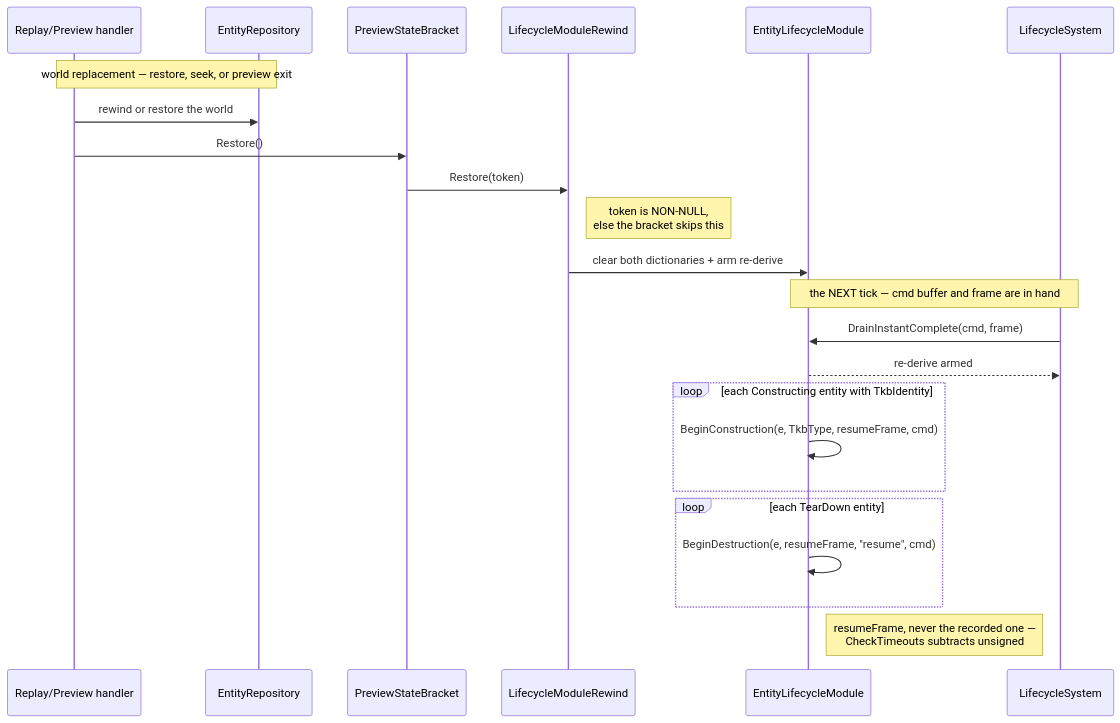
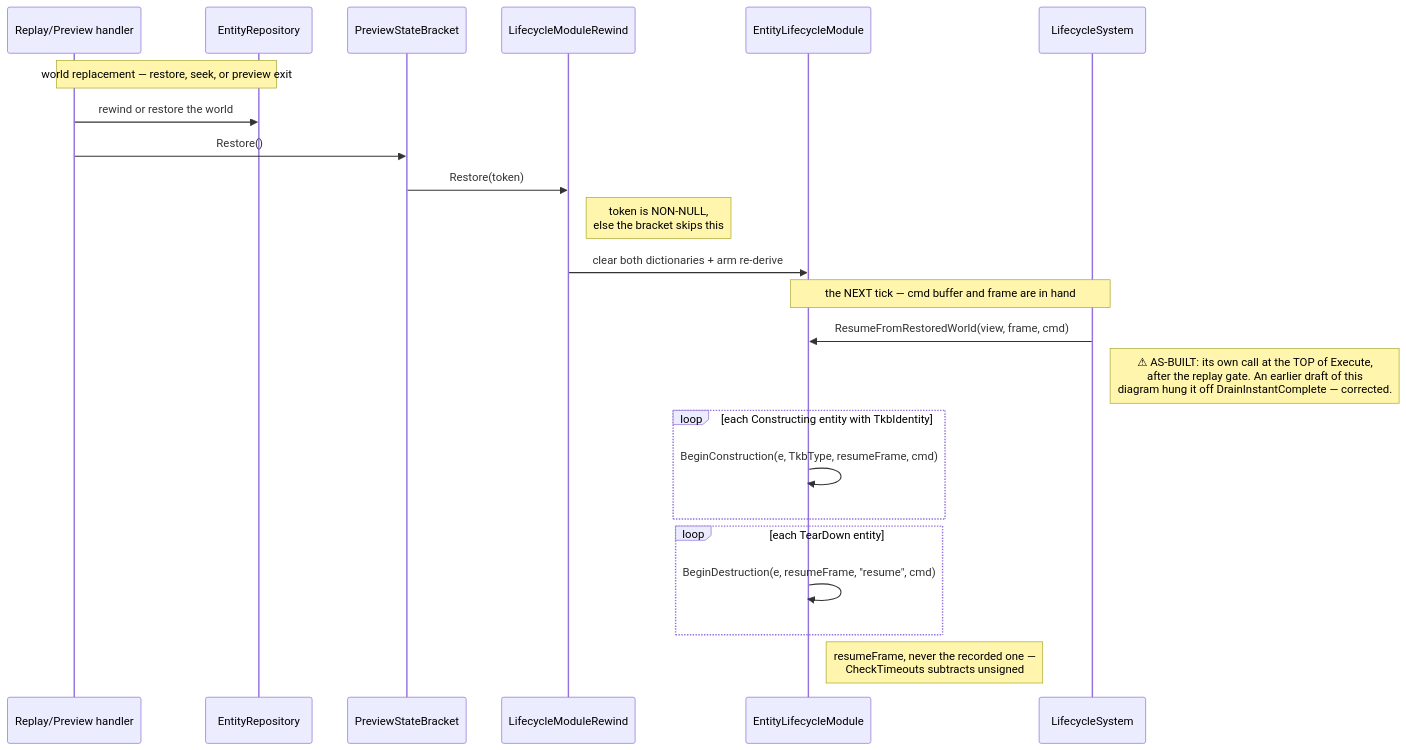
The third of 3 diagrams in docs/designs/replay-and-modules/DESIGN.md (pjanec/HROT), drawn with Mermaid before and after one commit. The commit also changed other lines of this file and 4 other files, not shown here.

````diff
--- a/docs/designs/replay-and-modules/DESIGN.md
+++ b/docs/designs/replay-and-modules/DESIGN.md
@@ -662,27 +667,27 @@
 ```mermaid
 sequenceDiagram
     participant H as Replay/Preview handler
     participant R as EntityRepository
     participant B as PreviewStateBracket
     participant P as LifecycleModuleRewind
     participant E as EntityLifecycleModule
     participant L as LifecycleSystem
 
     Note over H,R: world replacement — restore, seek, or preview exit
     H->>R: rewind or restore the world
     H->>B: Restore()
     B->>P: Restore(token)
     Note right of P: token is NON-NULL,<br/>else the bracket skips this
     P->>E: clear both dictionaries + arm re-derive
 
     Note over L,E: the NEXT tick — cmd buffer and frame are in hand
-    L->>E: DrainInstantComplete(cmd, frame)
-    E-->>L: re-derive armed
+    L->>E: ResumeFromRestoredWorld(view, frame, cmd)
+    Note right of L: ⚠ AS-BUILT: its own call at the TOP of Execute,<br/>after the replay gate. An earlier draft of this<br/>diagram hung it off DrainInstantComplete — corrected.
     loop each Constructing entity with TkbIdentity
         E->>E: BeginConstruction(e, TkbType, resumeFrame, cmd)
     end
     loop each TearDown entity
         E->>E: BeginDestruction(e, resumeFrame, "resume", cmd)
     end
     Note right of E: resumeFrame, never the recorded one —<br/>CheckTimeouts subtracts unsigned
 ```
````
